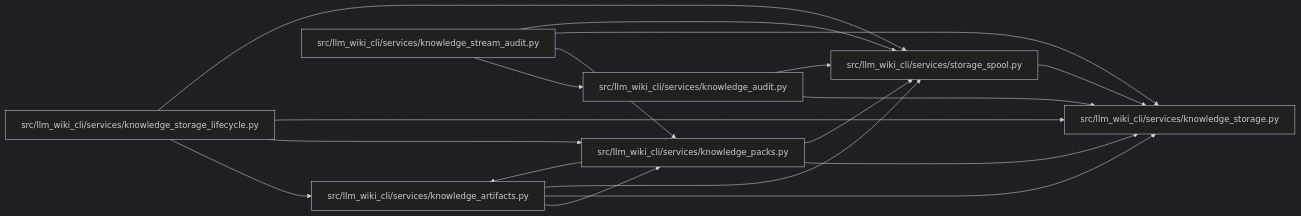
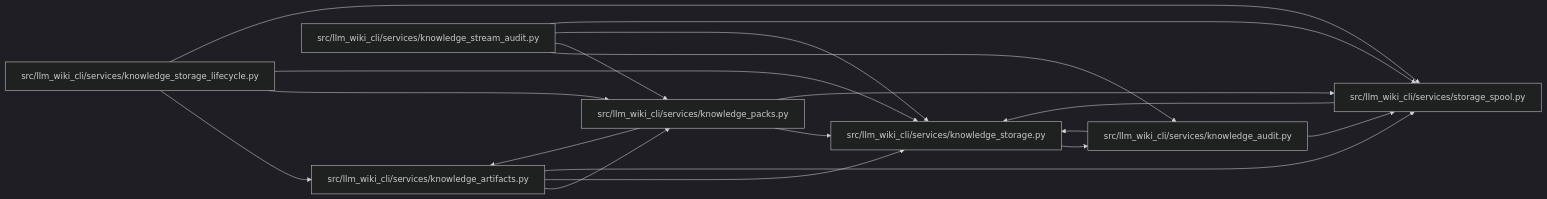
Before and after one commit to Denissvgn/python-wiki-llm: the diagram in docs/llm_wiki/modules/storage_spool.md, drawn with Mermaid (dark theme). The commit also changed other lines of this file and 631 other files, not shown here.

````diff
--- a/docs/llm_wiki/modules/storage_spool.md
+++ b/docs/llm_wiki/modules/storage_spool.md
@@ -27,34 +27,35 @@
 ```mermaid
 flowchart LR
     n0["src/llm_wiki_cli/services/knowledge_artifacts.py"]
     n1["src/llm_wiki_cli/services/knowledge_audit.py"]
     n2["src/llm_wiki_cli/services/knowledge_packs.py"]
     n3["src/llm_wiki_cli/services/knowledge_storage.py"]
     n4["src/llm_wiki_cli/services/knowledge_storage_lifecycle.py"]
     n5["src/llm_wiki_cli/services/knowledge_stream_audit.py"]
     n6["src/llm_wiki_cli/services/storage_spool.py"]
     n0 --> n2
     n0 --> n3
     n0 --> n6
     n1 --> n3
     n1 --> n6
     n2 --> n0
     n2 --> n3
     n2 --> n6
+    n3 --> n1
     n4 --> n0
     n4 --> n2
     n4 --> n3
     n4 --> n6
     n5 --> n1
     n5 --> n2
     n5 --> n3
     n5 --> n6
     n6 --> n3
     click n0 "../modules/knowledge_artifacts.md"
     click n1 "../modules/knowledge_audit.md"
     click n2 "../modules/knowledge_packs.md"
     click n3 "../modules/knowledge_storage.md"
     click n4 "../modules/knowledge_storage_lifecycle.md"
     click n5 "../modules/knowledge_stream_audit.md"
     click n6 "../modules/storage_spool.md"
 ```
````
